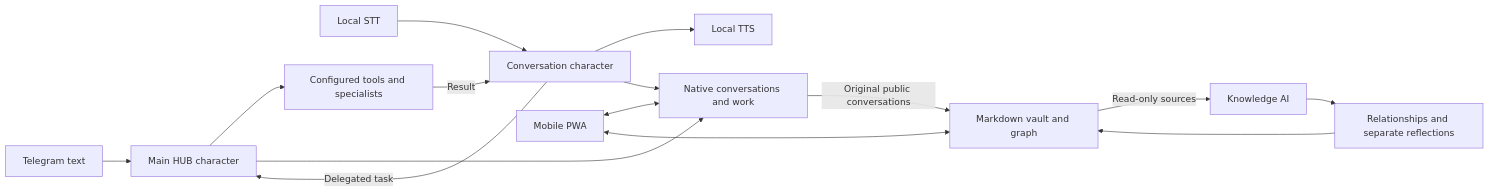
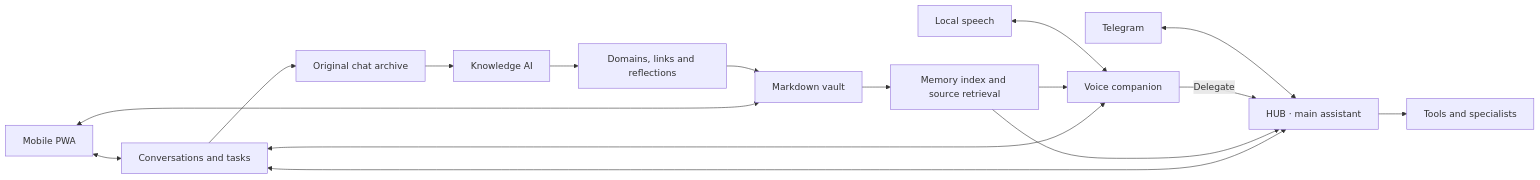
One commit to mbaykam/HUB changed the diagram in README.md. Above: the diagram before and after it, drawn with Mermaid. The commit also changed other lines of this file and 6 other files, not shown here.

````diff
--- a/README.md
+++ b/README.md
@@ -96,17 +110,18 @@
 ```mermaid
 flowchart LR
-    Telegram[Telegram text] --> HUB[Main HUB character]
-    Speech[Local STT] --> Conversation[Conversation character]
-    Conversation --> TTS[Local TTS]
-    Conversation -->|Delegated task| HUB
-    HUB --> Tools[Configured tools and specialists]
-    Tools -->|Result| Conversation
-    PWA[Mobile PWA] <--> History[Native conversations and work]
-    HUB --> History
-    Conversation --> History
-    History -->|Original public conversations| Vault[Markdown vault and graph]
-    Vault -->|Read-only sources| Curator[Knowledge AI]
-    Curator --> Relations[Relationships and separate reflections]
-    Relations --> Vault
+    PWA[Mobile PWA] <--> Sessions[Conversations and tasks]
+    Telegram[Telegram] <--> HUB[HUB · main assistant]
+    Voice[Local speech] <--> Companion[Voice companion]
+    Companion -->|Delegate| HUB
+    HUB <--> Sessions
+    Companion <--> Sessions
+    HUB --> Tools[Tools and specialists]
+    Sessions --> Archive[Original chat archive]
+    Archive --> Curator[Knowledge AI]
+    Curator --> Links[Domains, links and reflections]
+    Links --> Vault[Markdown vault]
+    Vault --> Retrieval[Memory index and source retrieval]
+    Retrieval --> HUB
+    Retrieval --> Companion
     PWA <--> Vault
 ```
````
